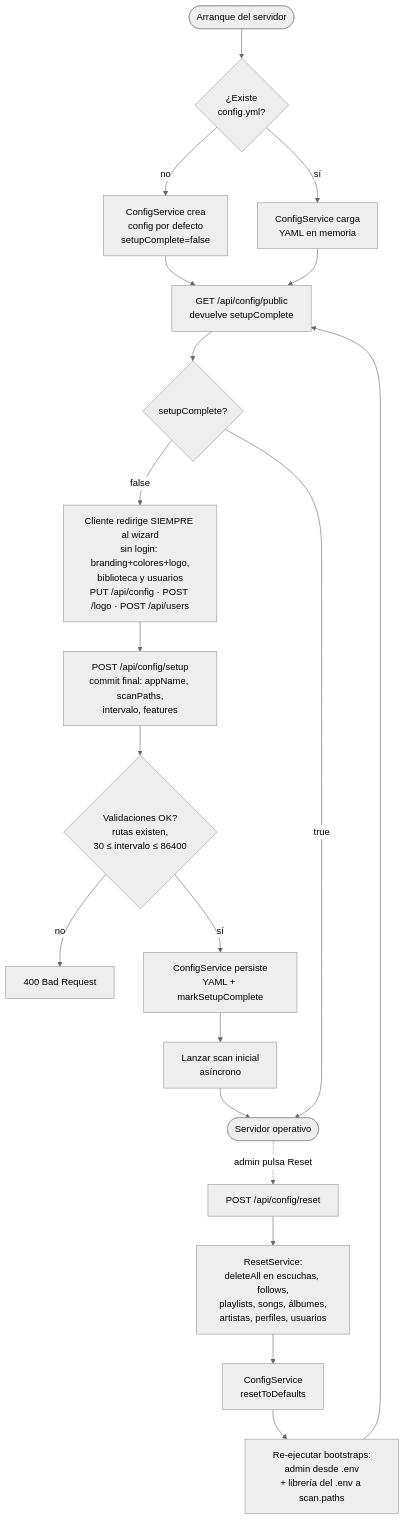
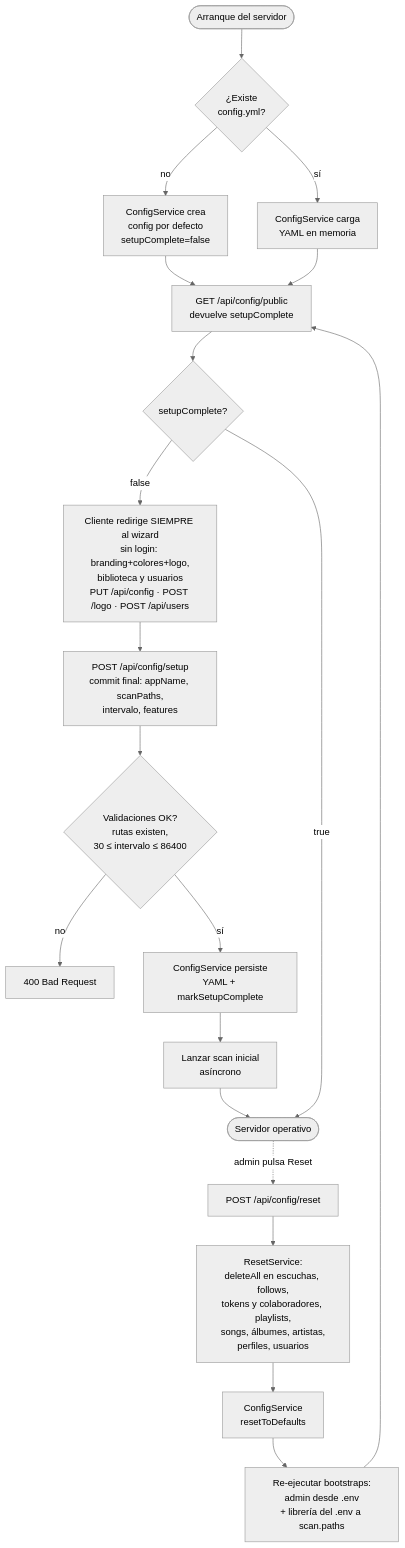
One commit to conguchu/selfpotify changed the first of 34 diagrams in README.md. Above: the diagram before and after it, drawn with Mermaid (neutral theme). The commit also changed 2 other files, not shown here.

Commit message:
fix: limpiar tokens y colaboradores de playlist antes del reset para no violar la FK

````diff
--- a/README.md
+++ b/README.md
@@ -95,22 +95,22 @@
 ```mermaid
 flowchart TD
     Start([Arranque del servidor]) --> Load{¿Existe<br/>config.yml?}
     Load -- no --> Defaults[ConfigService crea<br/>config por defecto<br/>setupComplete=false]
     Load -- sí --> Read[ConfigService carga<br/>YAML en memoria]
     Defaults --> Public
     Read --> Public[GET /api/config/public<br/>devuelve setupComplete]
     Public --> Decide{setupComplete?}
     Decide -- false --> Wizard[Cliente redirige SIEMPRE al wizard<br/>sin login: branding+colores+logo,<br/>biblioteca y usuarios<br/>PUT /api/config · POST /logo · POST /api/users]
     Wizard --> Setup[POST /api/config/setup<br/>commit final: appName, scanPaths,<br/>intervalo, features]
     Setup --> Validate{Validaciones OK?<br/>rutas existen,<br/>30 ≤ intervalo ≤ 86400}
     Validate -- no --> Err400[400 Bad Request]
     Validate -- sí --> Persist[ConfigService persiste<br/>YAML + markSetupComplete]
     Persist --> AsyncScan[Lanzar scan inicial<br/>asíncrono]
     AsyncScan --> Ready([Servidor operativo])
     Decide -- true --> Ready
     Ready -. admin pulsa Reset .-> Reset[POST /api/config/reset]
-    Reset --> Wipe[ResetService:<br/>deleteAll en escuchas, follows,<br/>playlists, songs, álbumes,<br/>artistas, perfiles, usuarios]
+    Reset --> Wipe[ResetService:<br/>deleteAll en escuchas, follows,<br/>tokens y colaboradores, playlists,<br/>songs, álbumes, artistas,<br/>perfiles, usuarios]
     Wipe --> ResetCfg[ConfigService<br/>resetToDefaults]
     ResetCfg --> Reboot[Re-ejecutar bootstraps:<br/>admin desde .env<br/>+ librería del .env a scan.paths]
     Reboot --> Public
 ```
````
